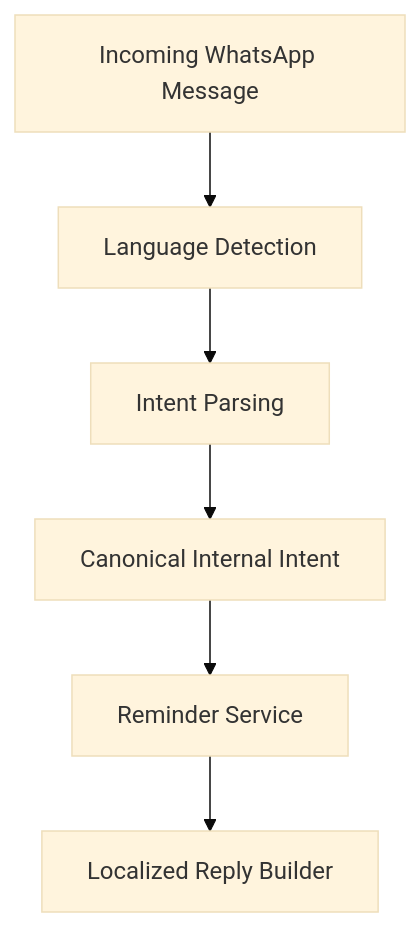
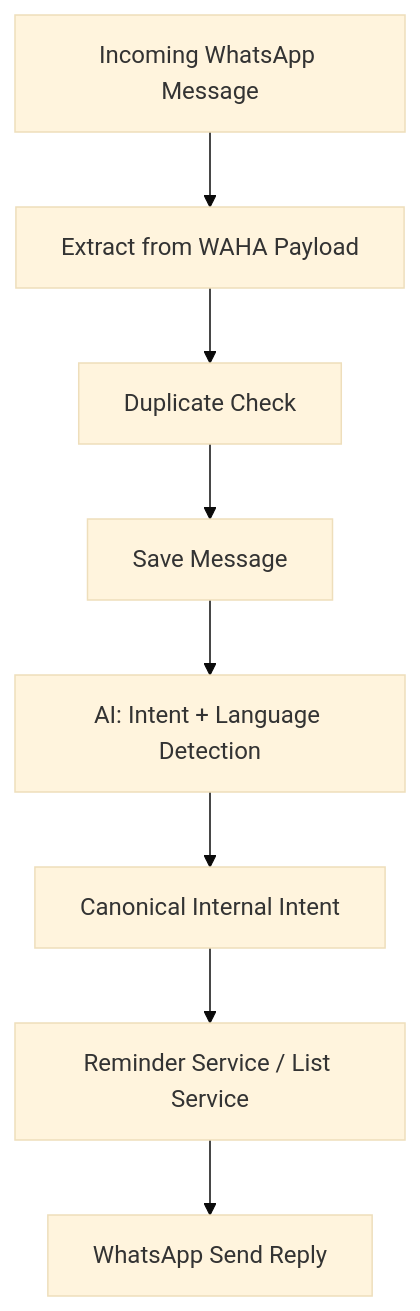
The second of 5 diagrams in docs/architecture.md (nazhifsetya27/Nemoris), drawn with Mermaid (base theme) before and after one commit. The commit also changed other lines of this file and 5 other files, not shown here.

````diff
--- a/docs/architecture.md
+++ b/docs/architecture.md
@@ -99,8 +100,10 @@
 ```mermaid
 flowchart TD
-A[Incoming WhatsApp Message] --> B[Language Detection]
-B --> C[Intent Parsing]
-C --> D[Canonical Internal Intent]
-D --> E[Reminder Service]
-E --> F[Localized Reply Builder]
+A[Incoming WhatsApp Message] --> B[Extract from WAHA Payload]
+B --> C[Duplicate Check]
+C --> D[Save Message]
+D --> E[AI: Intent + Language Detection]
+E --> F[Canonical Internal Intent]
+F --> G[Reminder Service / List Service]
+G --> H[WhatsApp Send Reply]
 ```
````
